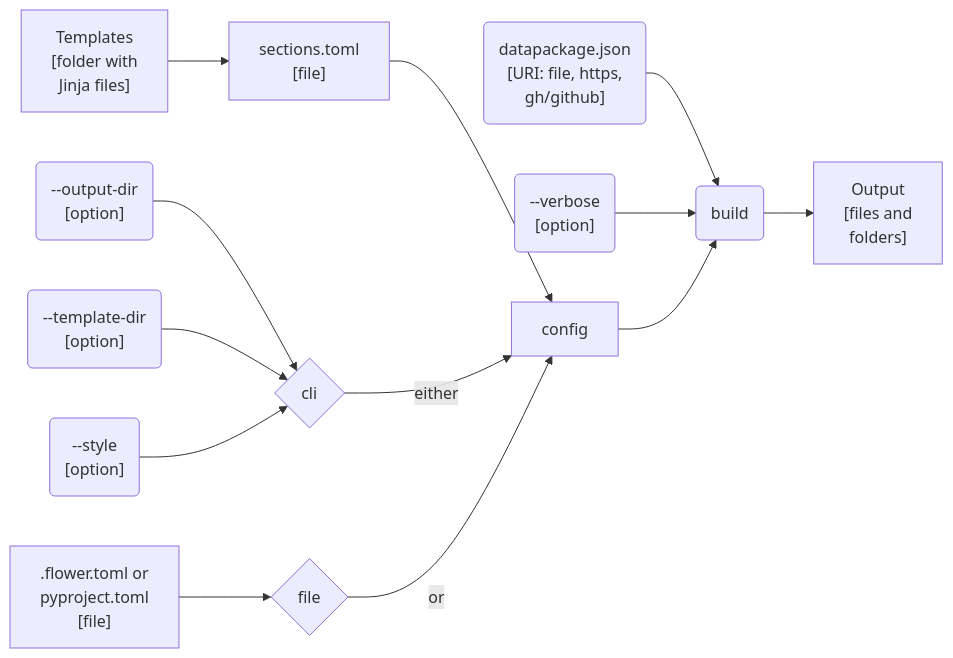
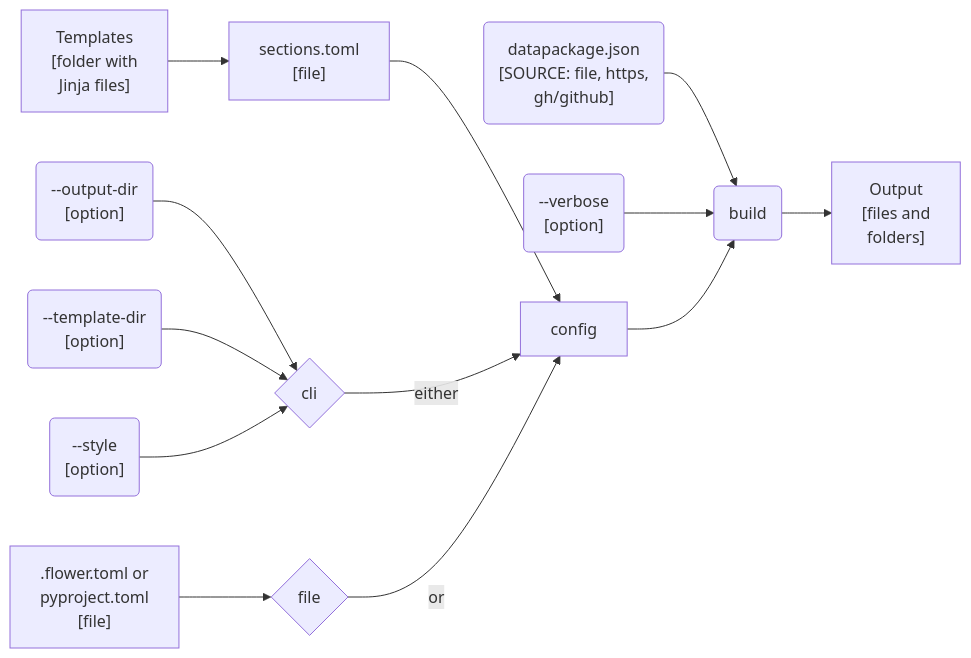
Before and after one commit to seedcase-project/seedcase-flower: the first of 2 diagrams in docs/design/interface/cli.qmd, drawn with Mermaid. The commit also changed other lines of this file and 11 other files, not shown here.

First line of the commit message:
refactor: :recycle: switch from URI to source (#173)

````diff
--- a/docs/design/interface/cli.qmd
+++ b/docs/design/interface/cli.qmd
@@ -72,32 +72,32 @@
 ```{mermaid}
 %%| label: fig-cli-build-flow
 %%| fig-cap: "The flow of input and output through the CLI `build` command."
-%%| fig-alt: "Diagram showing the flow of input and output through the CLI `build` command. The user provides a URI to the `datapackage.json` file and an optional style, which are used by the `build` command to generate output files and folders."
+%%| fig-alt: "Diagram showing the flow of input and output through the CLI `build` command. The user provides the source of the `datapackage.json` file and an optional style, which are used by the `build` command to generate output files and folders."
 flowchart LR
-    uri("datapackage.json<br>[URI: file, https,<br>gh/github]")
+    source("datapackage.json<br>[SOURCE: file, https,<br>gh/github]")
     config_file[".flower.toml or<br>pyproject.toml<br>[file]"]
     config_sections_file["sections.toml<br>[file]"]
     build("build")
     style_opt("--style<br>[option]")
     verbose_opt("--verbose<br>[option]")
     output_dir_opt("--output-dir<br>[option]")
     template_dir_opt("--template-dir<br>[option]")
     templates["Templates<br>[folder with<br>Jinja files]"]
     output["Output<br>[files and<br>folders]"]
     file{"file"}
     cli{"cli"}
 
-    uri --> build
+    source --> build
     config_file --> file
     output_dir_opt --> cli
     template_dir_opt --> cli
     style_opt --> cli
 
     templates --> config_sections_file
     config_sections_file --> config
     cli -- "either" --> config
     file -- "or" --> config
     verbose_opt --> build
     config --> build
     build --> output
 ```
````
